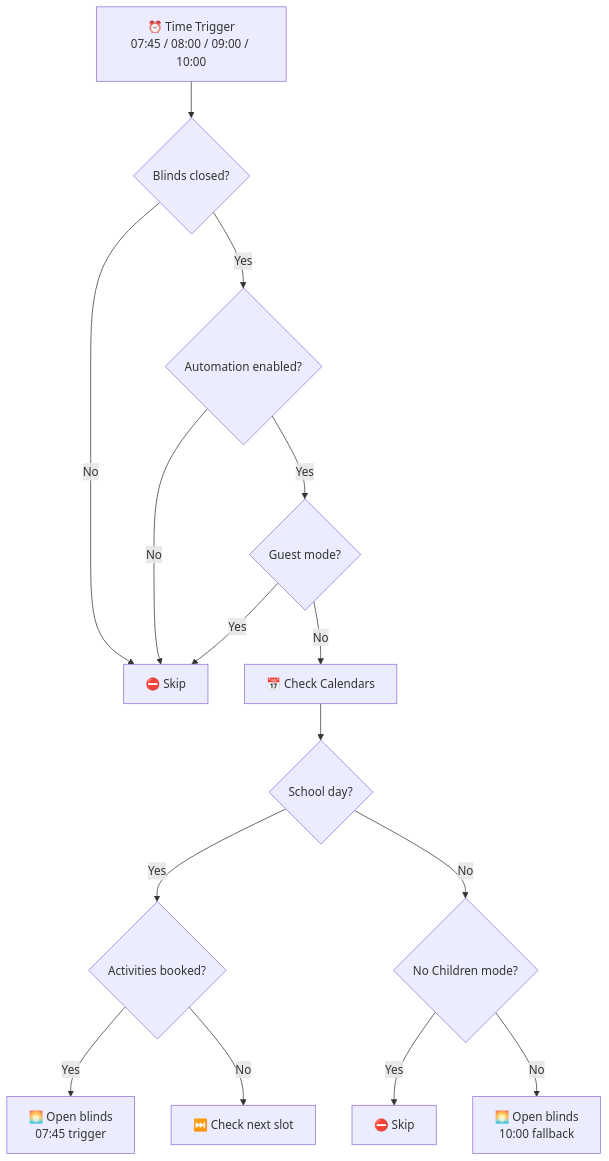
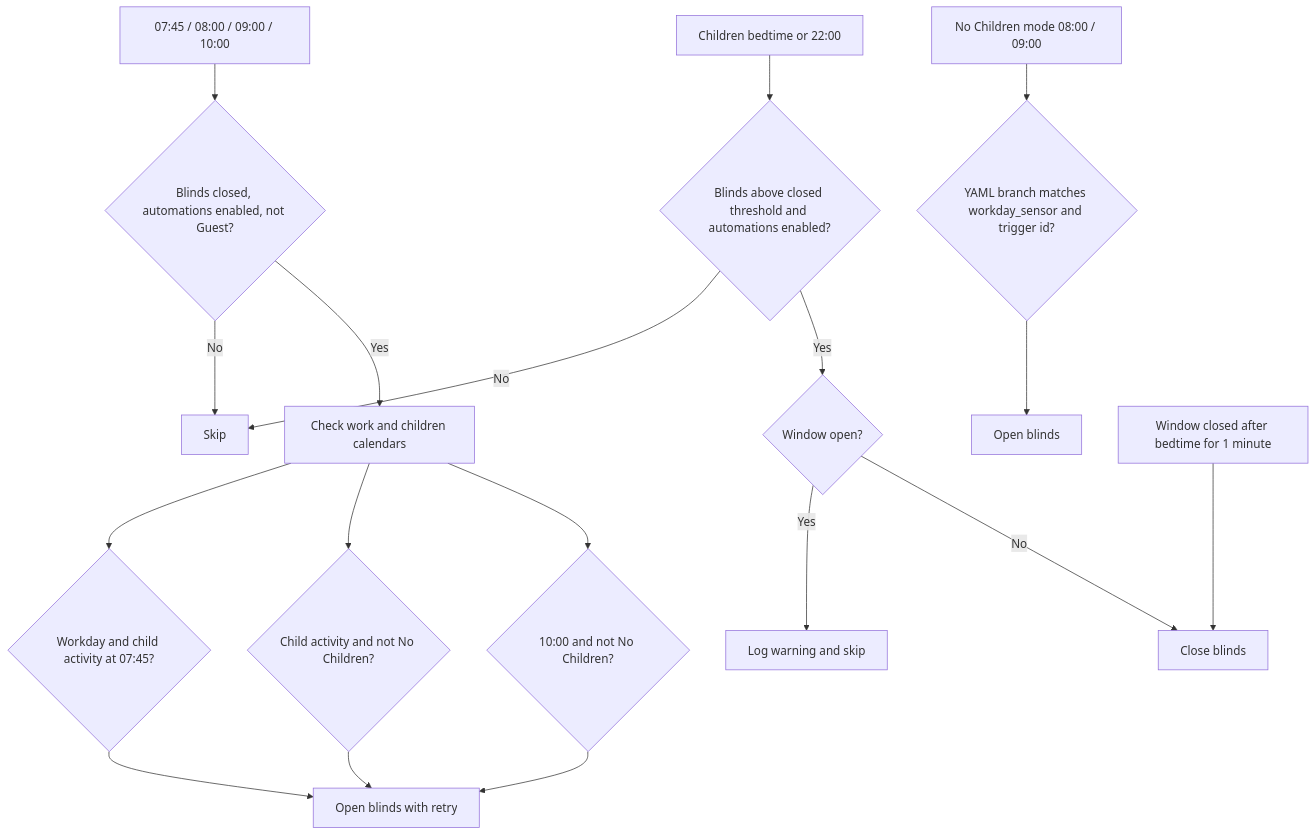
Before and after one commit to dannytsang/homeassistant-config: the second of 2 diagrams in packages/rooms/bedroom3_README.md, drawn with Mermaid. The commit also changed other lines of this file and 60 other files, not shown here.

````diff
--- a/packages/rooms/bedroom3_README.md
+++ b/packages/rooms/bedroom3_README.md
@@ -97,17 +74,22 @@
 ```mermaid
 flowchart TD
-    A["⏰ Time Trigger<br/>07:45 / 08:00 / 09:00 / 10:00"] --> B{"Blinds closed?"}
-    B -->|No| Z["⛔ Skip"]
-    B -->|Yes| C{"Automation enabled?"}
-    C -->|No| Z
-    C -->|Yes| D{"Guest mode?"}
-    D -->|Yes| Z
-    D -->|No| E["📅 Check Calendars"]
-    E --> F{"School day?"}
-    F -->|Yes| G{"Activities booked?"}
-    G -->|Yes| H["🌅 Open blinds<br/>07:45 trigger"]
-    G -->|No| I["⏭️ Check next slot"]
-    F -->|No| J{"No Children mode?"}
-    J -->|Yes| K["⛔ Skip"]
-    J -->|No| L["🌅 Open blinds<br/>10:00 fallback"]
+    Morning[07:45 / 08:00 / 09:00 / 10:00] --> Base{Blinds closed, automations enabled, not Guest?}
+    Base -->|No| Stop[Skip]
+    Base -->|Yes| Calendars[Check work and children calendars]
+    Calendars --> School{Workday and child activity at 07:45?}
+    School --> OpenRetry[Open blinds with retry]
+    Calendars --> Activity{Child activity and not No Children?}
+    Activity --> OpenRetry
+    Calendars --> Fallback{10:00 and not No Children?}
+    Fallback --> OpenRetry
+
+    NoChildren[No Children mode 08:00 / 09:00] --> NoChildBranch{YAML branch matches workday_sensor and trigger id?}
+    NoChildBranch --> OpenNoChild[Open blinds]
+
+    CloseTime[Children bedtime or 22:00] --> CloseBase{Blinds above closed threshold and automations enabled?}
+    CloseBase -->|No| Stop
+    CloseBase -->|Yes| Window{Window open?}
+    Window -->|Yes| Warn[Log warning and skip]
+    Window -->|No| Close[Close blinds]
+    WindowClosed[Window closed after bedtime for 1 minute] --> Close
 ```
````
